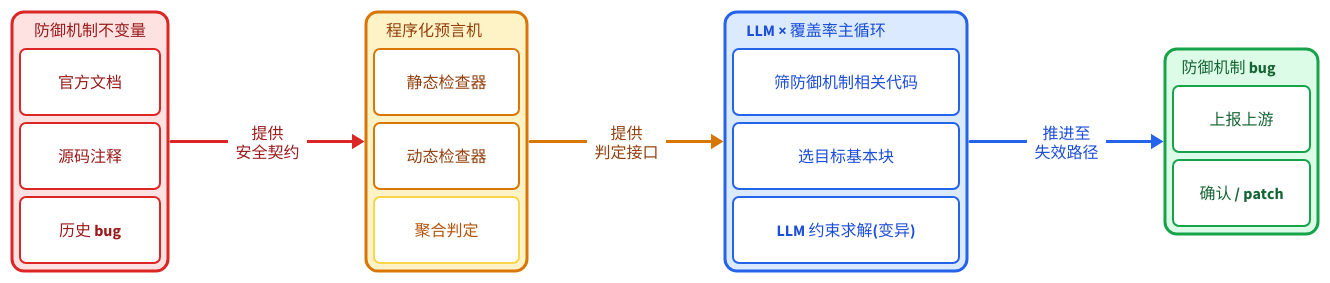
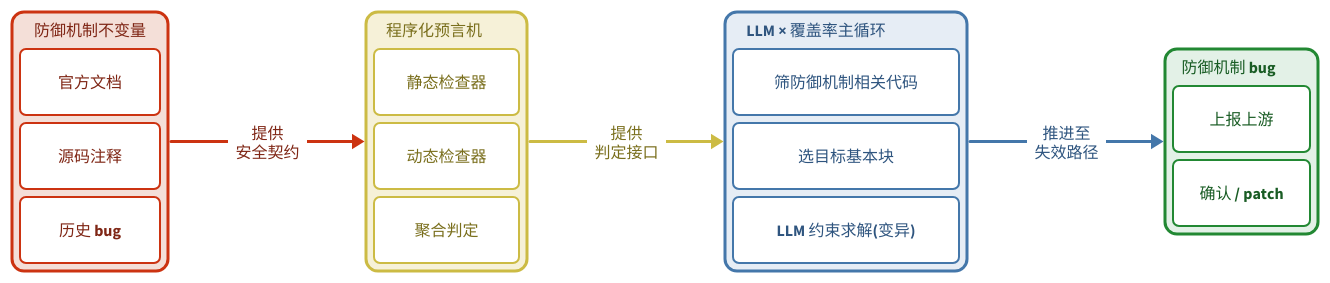
One commit to zjy-dev/de-fuzz changed the diagram in docs/开题报告/assets/ch3-objective/pipeline.zh.d2. Above: the diagram before and after it, drawn with D2. The commit also changed 42 other files, not shown here.

First line of the commit message:
docs: unify proposal figure palette

```diff
--- a/docs/开题报告/assets/ch3-objective/pipeline.zh.d2
+++ b/docs/开题报告/assets/ch3-objective/pipeline.zh.d2
@@ -1,104 +1,104 @@
 # 图 3 — 研究内容依赖关系（中文版）
 # 渲染：d2 --layout=dagre --pad=24 pipeline.zh.d2 pipeline.zh.svg
 # 四个竖向长方形（每个里面用 grid 排子项），左 → 右 通过箭头表达依赖。
 
 direction: right
 
 step1: "" {
   grid-rows: 4
   grid-gap: 8
   style: {
-    fill: "#FEE2E2"; stroke: "#DC2626"; stroke-width: 3
+    fill: "#F4DFD8"; stroke: "#CC3311"; stroke-width: 3
     border-radius: 12
   }
 
   title: "防御机制不变量" {
     shape: text
-    style: { font-color: "#991B1B"; bold: true }
+    style: { font-color: "#7F2615"; bold: true }
   }
   s1: "官方文档" {
-    style: { fill: white; stroke: "#DC2626"; stroke-width: 2; font-color: "#991B1B"; border-radius: 6 }
+    style: { fill: white; stroke: "#CC3311"; stroke-width: 2; font-color: "#7F2615"; border-radius: 6 }
   }
   s2: "源码注释" {
-    style: { fill: white; stroke: "#DC2626"; stroke-width: 2; font-color: "#991B1B"; border-radius: 6 }
+    style: { fill: white; stroke: "#CC3311"; stroke-width: 2; font-color: "#7F2615"; border-radius: 6 }
   }
   s3: "历史 bug" {
-    style: { fill: white; stroke: "#DC2626"; stroke-width: 2; font-color: "#991B1B"; border-radius: 6 }
+    style: { fill: white; stroke: "#CC3311"; stroke-width: 2; font-color: "#7F2615"; border-radius: 6 }
   }
 }
 
 step2: "" {
   grid-rows: 4
   grid-gap: 8
   style: {
-    fill: "#FEF3C7"; stroke: "#D97706"; stroke-width: 3
+    fill: "#F6F1D8"; stroke: "#CCBB44"; stroke-width: 3
     border-radius: 12
   }
 
   title: "程序化预言机" {
     shape: text
-    style: { font-color: "#92400E"; bold: true }
+    style: { font-color: "#7A6F1D"; bold: true }
   }
   s1: "静态检查器" {
-    style: { fill: white; stroke: "#D97706"; stroke-width: 2; font-color: "#92400E"; border-radius: 6 }
+    style: { fill: white; stroke: "#CCBB44"; stroke-width: 2; font-color: "#7A6F1D"; border-radius: 6 }
   }
   s2: "动态检查器" {
-    style: { fill: white; stroke: "#D97706"; stroke-width: 2; font-color: "#92400E"; border-radius: 6 }
+    style: { fill: white; stroke: "#CCBB44"; stroke-width: 2; font-color: "#7A6F1D"; border-radius: 6 }
   }
   s3: "聚合判定" {
-    style: { fill: white; stroke: "#FCD34D"; stroke-width: 2; font-color: "#B45309"; border-radius: 6 }
+    style: { fill: white; stroke: "#CCBB44"; stroke-width: 2; font-color: "#7A6F1D"; border-radius: 6 }
   }
 }
 
 step3: "" {
   grid-rows: 4
   grid-gap: 8
   style: {
-    fill: "#DBEAFE"; stroke: "#2563EB"; stroke-width: 3
+    fill: "#E6EDF5"; stroke: "#4477AA"; stroke-width: 3
     border-radius: 12
   }
 
   title: "LLM × 覆盖率主循环" {
     shape: text
-    style: { font-color: "#1D4ED8"; bold: true }
+    style: { font-color: "#2F557F"; bold: true }
   }
   s1: "筛防御机制相关代码" {
-    style: { fill: white; stroke: "#2563EB"; stroke-width: 2; font-color: "#1D4ED8"; border-radius: 6 }
+    style: { fill: white; stroke: "#4477AA"; stroke-width: 2; font-color: "#2F557F"; border-radius: 6 }
   }
   s2: "选目标基本块" {
-    style: { fill: white; stroke: "#2563EB"; stroke-width: 2; font-color: "#1D4ED8"; border-radius: 6 }
+    style: { fill: white; stroke: "#4477AA"; stroke-width: 2; font-color: "#2F557F"; border-radius: 6 }
   }
   s3: "LLM 约束求解(变异)" {
-    style: { fill: white; stroke: "#2563EB"; stroke-width: 2; font-color: "#1D4ED8"; border-radius: 6 }
+    style: { fill: white; stroke: "#4477AA"; stroke-width: 2; font-color: "#2F557F"; border-radius: 6 }
   }
 }
 
 step4: "" {
   grid-rows: 3
   grid-gap: 8
   style: {
-    fill: "#DCFCE7"; stroke: "#16A34A"; stroke-width: 3
+    fill: "#E3F1E7"; stroke: "#228833"; stroke-width: 3
     border-radius: 12
   }
 
   title: "防御机制 bug" {
     shape: text
-    style: { font-color: "#166534"; bold: true }
+    style: { font-color: "#195C24"; bold: true }
   }
   s1: "上报上游" {
-    style: { fill: white; stroke: "#16A34A"; stroke-width: 2; font-color: "#166534"; border-radius: 6 }
+    style: { fill: white; stroke: "#228833"; stroke-width: 2; font-color: "#195C24"; border-radius: 6 }
   }
   s2: "确认 / patch" {
-    style: { fill: white; stroke: "#16A34A"; stroke-width: 2; font-color: "#166534"; border-radius: 6 }
+    style: { fill: white; stroke: "#228833"; stroke-width: 2; font-color: "#195C24"; border-radius: 6 }
   }
 }
 
 step1 -> step2: "提供\n安全契约" {
-  style: { stroke: "#DC2626"; stroke-width: 3; font-color: "#991B1B"; bold: true }
+  style: { stroke: "#CC3311"; stroke-width: 3; font-color: "#7F2615"; bold: true }
 }
 step2 -> step3: "提供\n判定接口" {
-  style: { stroke: "#D97706"; stroke-width: 3; font-color: "#92400E"; bold: true }
+  style: { stroke: "#CCBB44"; stroke-width: 3; font-color: "#7A6F1D"; bold: true }
 }
 step3 -> step4: "推进至\n失效路径" {
-  style: { stroke: "#2563EB"; stroke-width: 3; font-color: "#1D4ED8"; bold: true }
+  style: { stroke: "#4477AA"; stroke-width: 3; font-color: "#2F557F"; bold: true }
 }
```
